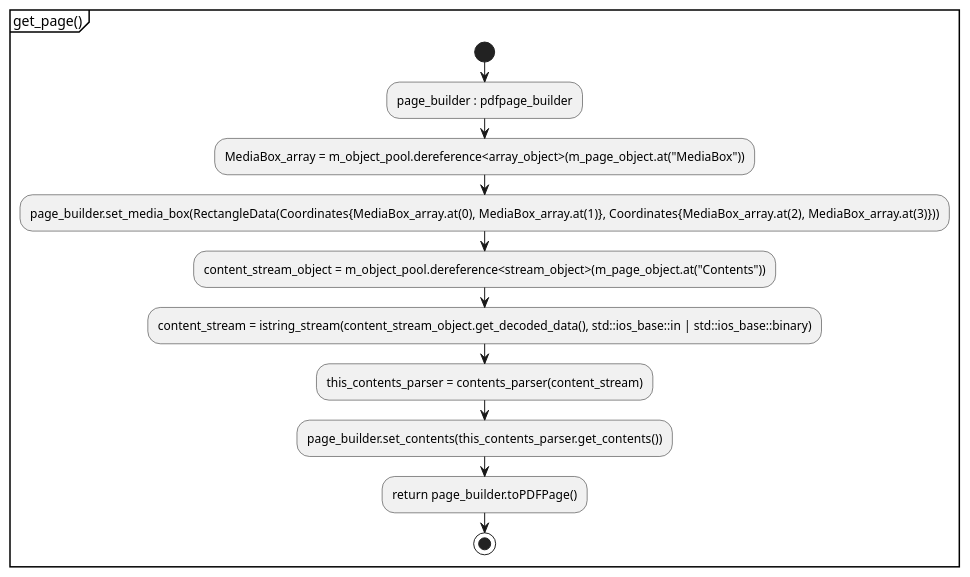
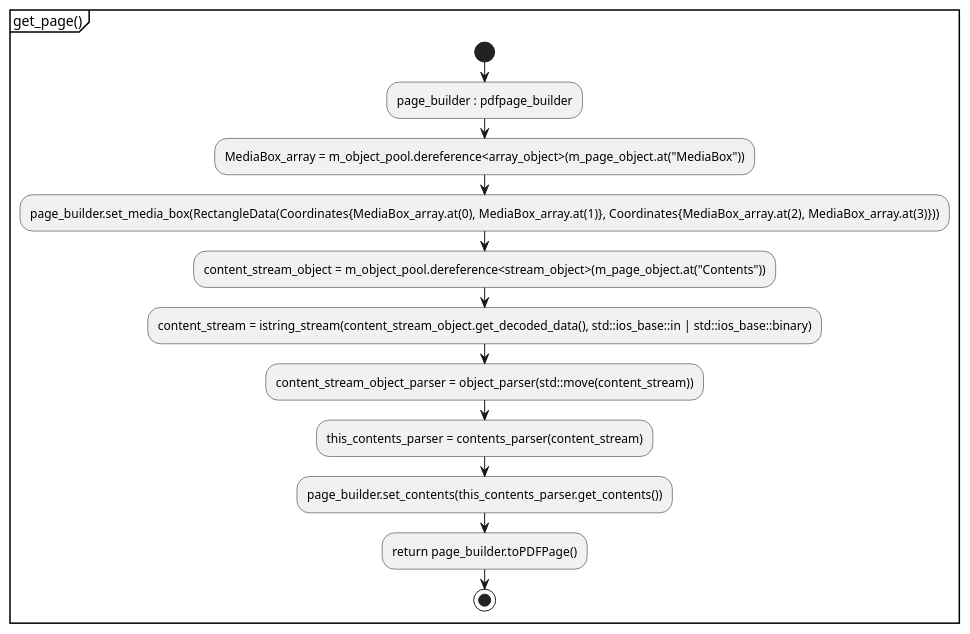
Before and after one commit to KodaiYM/PDFReader: the second of 2 diagrams in document/document_reader/page_tree_parser/page_parser/page_parser.activity.pu, drawn with PlantUML. The commit also changed 24 other files, not shown here.

```diff
--- a/document/document_reader/page_tree_parser/page_parser/page_parser.activity.pu
+++ b/document/document_reader/page_tree_parser/page_parser/page_parser.activity.pu
@@ -10,19 +10,20 @@
 @startuml get_page
 partition "get_page()" {
 start
 	:page_builder : pdfpage_builder;
 
 	' Get MediaBox
 	:MediaBox_array = m_object_pool.dereference<array_object>(m_page_object.at("MediaBox"));
 	:page_builder.set_media_box(RectangleData(Coordinates{MediaBox_array.at(0), MediaBox_array.at(1)}, Coordinates{MediaBox_array.at(2), MediaBox_array.at(3)}));
 
 	' Get Contents
 	:content_stream_object = m_object_pool.dereference<stream_object>(m_page_object.at("Contents"));
 	:content_stream = istring_stream(content_stream_object.get_decoded_data(), std::ios_base::in | std::ios_base::binary);
+	:content_stream_object_parser = object_parser(std::move(content_stream));
 	:this_contents_parser = contents_parser(content_stream);
 	:page_builder.set_contents(this_contents_parser.get_contents());
 
 	:return page_builder.toPDFPage();
 stop
 }
 @enduml
```
